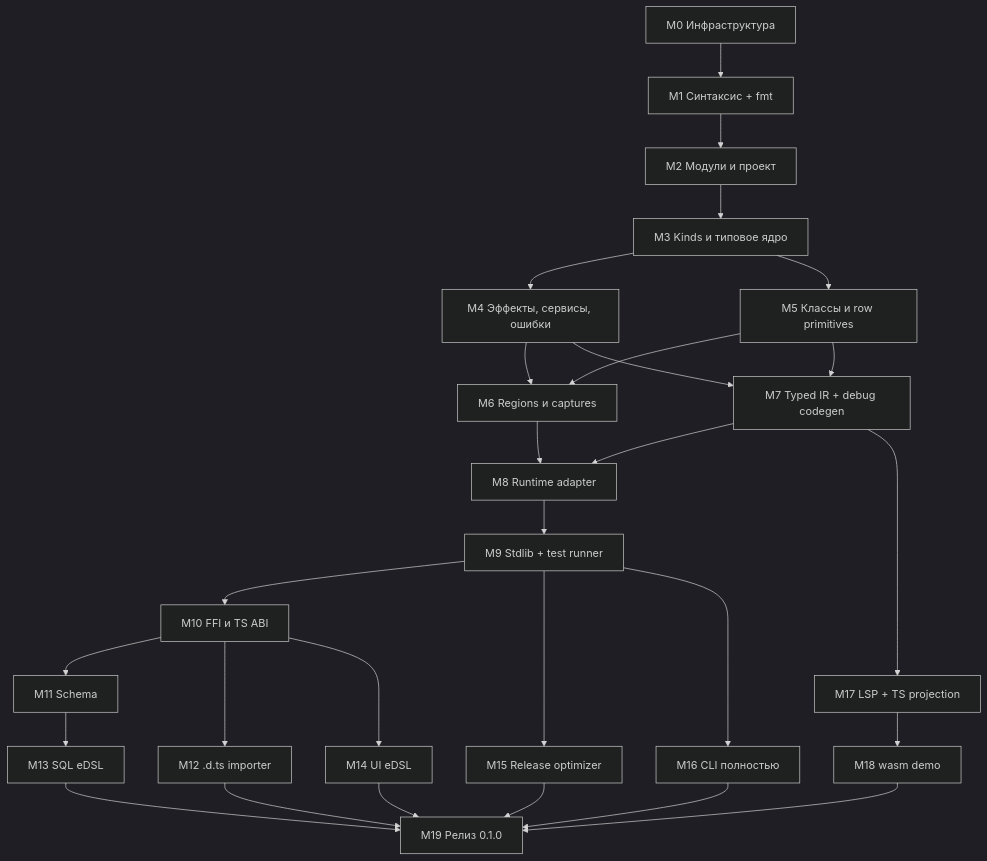
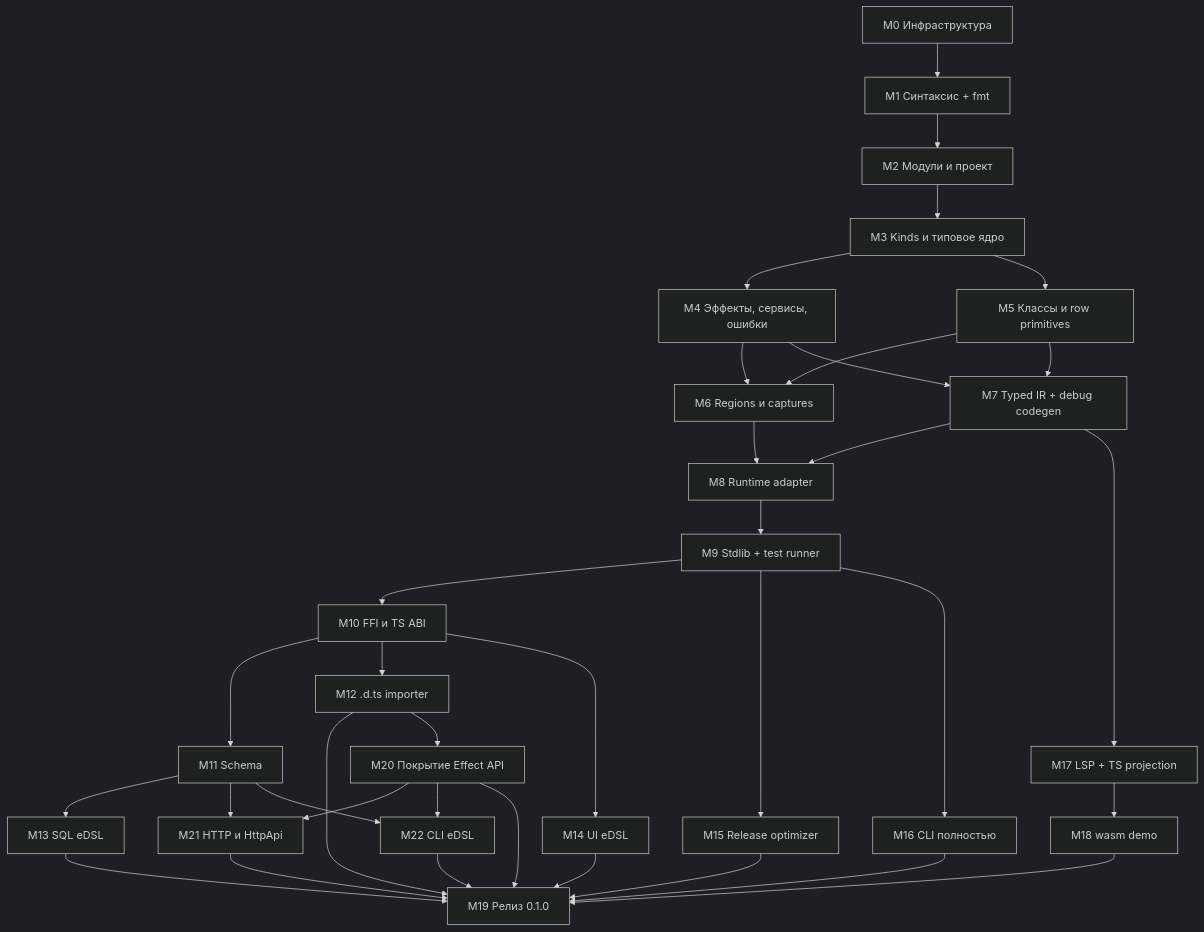
Before and after one commit to bondiano/flick-lang: the second of 2 diagrams in ROADMAP.md, drawn with Mermaid (dark theme). The commit also changed other lines of this file and 7 other files, not shown here.

First line of the commit message:
CLI eDSL in the spec and parser, Effect coverage and HTTP in the roadmap

````diff
--- a/ROADMAP.md
+++ b/ROADMAP.md
@@ -139,30 +144,38 @@
 ```mermaid
 flowchart TD
   M0["M0 Инфраструктура"] --> M1["M1 Синтаксис + fmt"]
   M1 --> M2["M2 Модули и проект"]
   M2 --> M3["M3 Kinds и типовое ядро"]
   M3 --> M4["M4 Эффекты, сервисы, ошибки"]
   M3 --> M5["M5 Классы и row primitives"]
   M4 --> M6["M6 Regions и captures"]
   M5 --> M6
   M4 --> M7["M7 Typed IR + debug codegen"]
   M5 --> M7
   M7 --> M8["M8 Runtime adapter"]
   M6 --> M8
   M8 --> M9["M9 Stdlib + test runner"]
   M9 --> M10["M10 FFI и TS ABI"]
   M10 --> M11["M11 Schema"]
   M10 --> M12["M12 .d.ts importer"]
   M11 --> M13["M13 SQL eDSL"]
   M10 --> M14["M14 UI eDSL"]
   M9 --> M15["M15 Release optimizer"]
   M9 --> M16["M16 CLI полностью"]
   M7 --> M17["M17 LSP + TS projection"]
   M13 --> M19["M19 Релиз 0.1.0"]
   M14 --> M19
   M12 --> M19
   M15 --> M19
   M16 --> M19
   M17 --> M18["M18 wasm demo"]
   M18 --> M19
+  M12 --> M20["M20 Покрытие Effect API"]
+  M20 --> M21["M21 HTTP и HttpApi"]
+  M11 --> M21
+  M20 --> M22["M22 CLI eDSL"]
+  M11 --> M22
+  M20 --> M19
+  M21 --> M19
+  M22 --> M19
 ```
````
